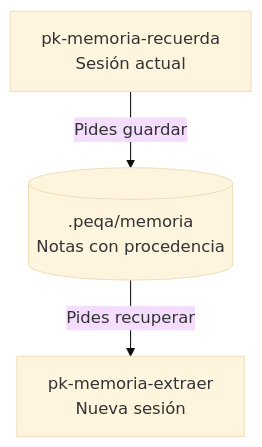
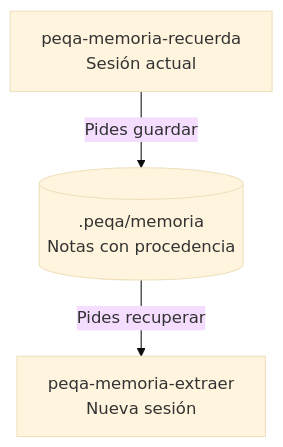
One commit to peqa-ai/peqa-workflows changed the second of 2 diagrams in README.md. Above: the diagram before and after it, drawn with Mermaid (base theme). The commit also changed other lines of this file and 26 other files, not shown here.

````diff
--- a/README.md
+++ b/README.md
@@ -52,12 +52,12 @@
 ```mermaid
 flowchart TD
     accTitle: Memoria del proyecto entre dos sesiones
-    accDescr: A petición del usuario, pk-memoria-recuerda guarda notas con procedencia en el proyecto. En otra sesión, pk-memoria-extraer consulta ese almacén y devuelve notas y fuentes sin modificarlas.
+    accDescr: A petición del usuario, peqa-memoria-recuerda guarda notas con procedencia en el proyecto. En otra sesión, peqa-memoria-extraer consulta ese almacén y devuelve notas y fuentes sin modificarlas.
 
-    actual["pk-memoria-recuerda<br/>Sesión actual"]
+    actual["peqa-memoria-recuerda<br/>Sesión actual"]
     memoria[(".peqa/memoria<br/>Notas con procedencia")]
-    nueva["pk-memoria-extraer<br/>Nueva sesión"]
+    nueva["peqa-memoria-extraer<br/>Nueva sesión"]
 
     actual -->|Pides guardar| memoria
     memoria -->|Pides recuperar| nueva
 ```
````
